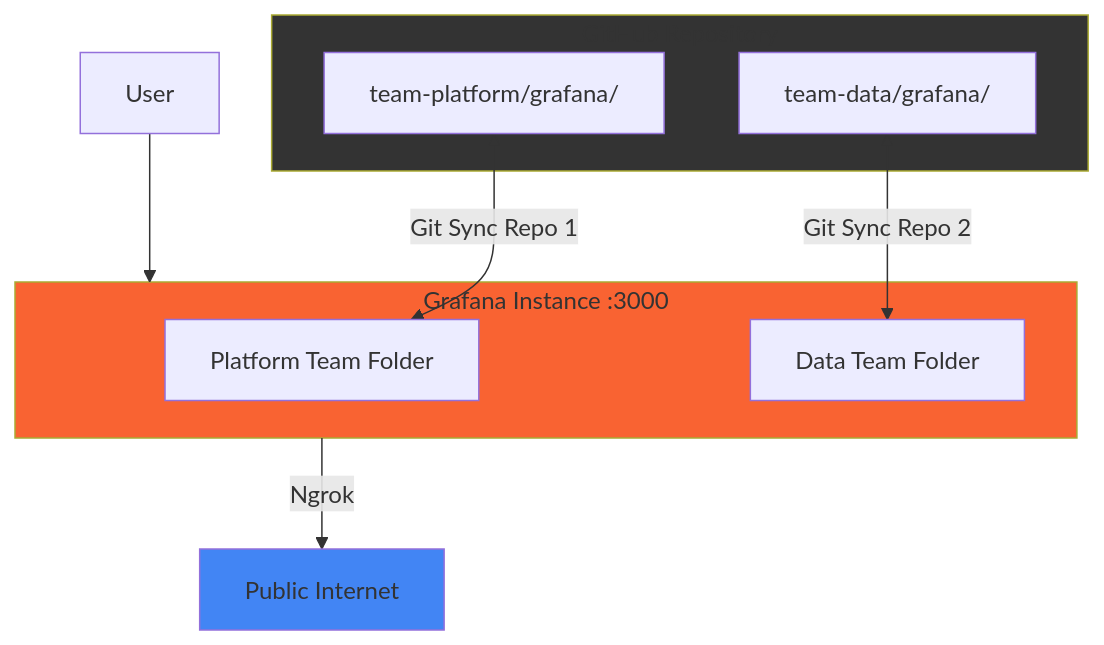
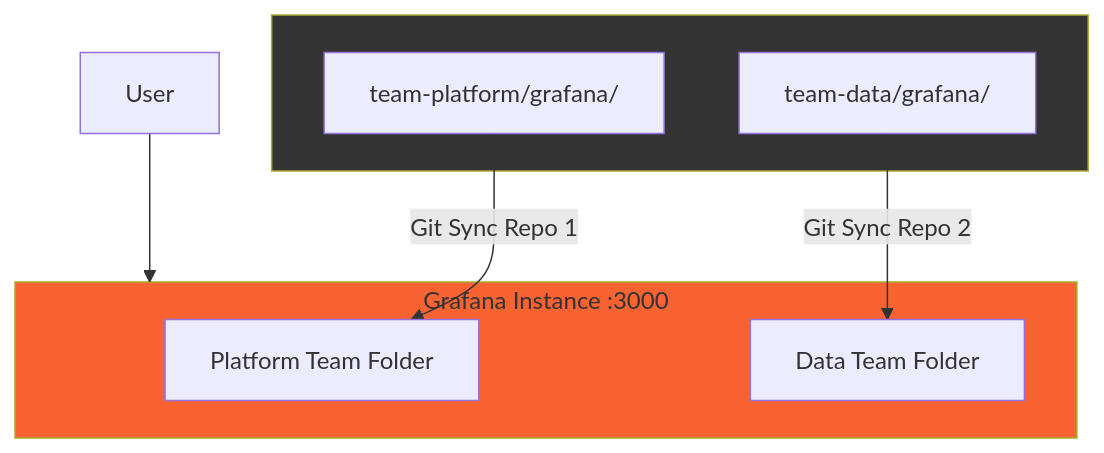
The first of 2 diagrams in 5-multi-team/README.md (MissingRoberto/campfire-using-git-sync-demo), drawn with Mermaid before and after one commit.

Commit message:
Remove ngrok

````diff
--- a/5-multi-team/README.md
+++ b/5-multi-team/README.md
@@ -7,23 +7,20 @@
 ```mermaid
 graph TB
     User[User] --> Grafana[Single Grafana Instance]
 
     subgraph GitHub[GitHub Repository]
         PlatformPath[team-platform/grafana/]
         DataPath[team-data/grafana/]
     end
 
     subgraph Grafana[Grafana Instance :3000]
         PlatformFolder[Platform Team Folder]
         DataFolder[Data Team Folder]
     end
 
     PlatformPath <--> |Git Sync Repo 1| PlatformFolder
     DataPath <--> |Git Sync Repo 2| DataFolder
 
-    Grafana --> |Ngrok| Internet[Public Internet]
-
     style Grafana fill:#f96332
     style GitHub fill:#333
-    style Internet fill:#4285f4
 ```
````
